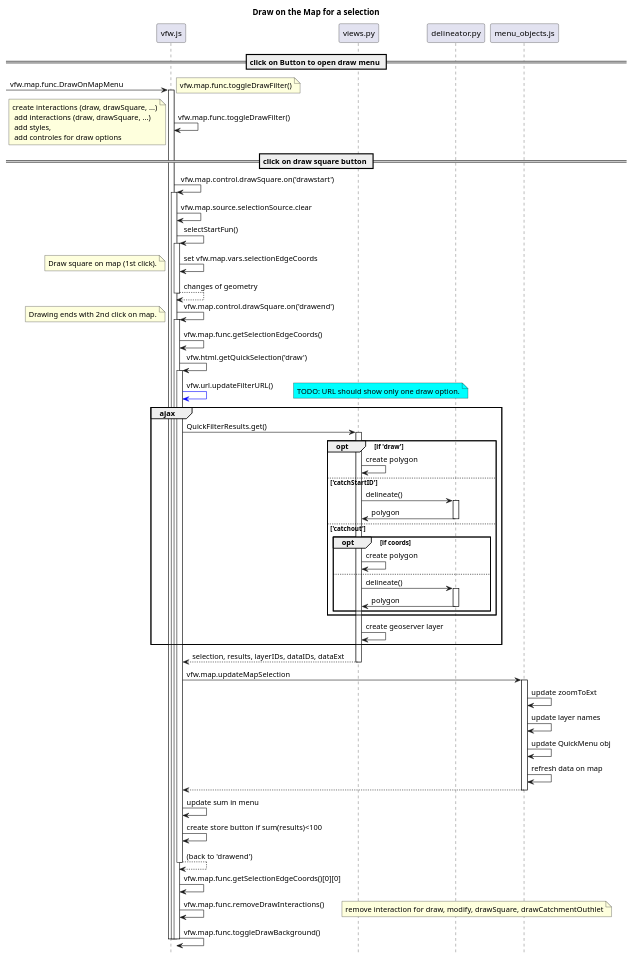
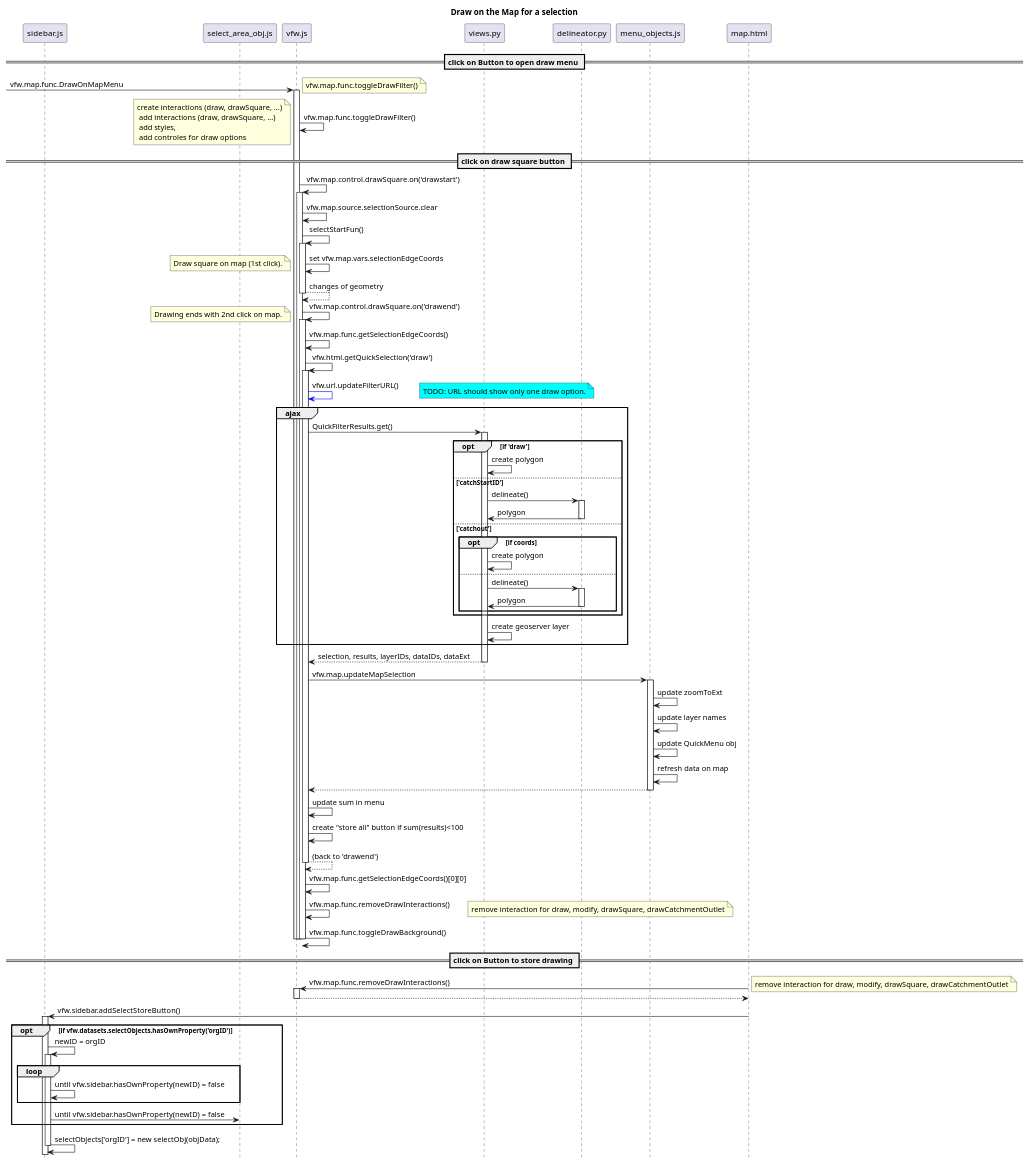
The diagram in diagrams/drawOnMapMenu.puml (VForWaTer/vforwater-portal), drawn with PlantUML before and after one commit.

Commit message:
Add creation of object to sequence diagram for drawing on map

```diff
--- a/diagrams/drawOnMapMenu.puml
+++ b/diagrams/drawOnMapMenu.puml
@@ -1,67 +1,80 @@
 @startuml
 title Draw on the Map for a selection
-
+participant sidebar.js
+participant select_area_obj.js
 hide footbox
 
 
 == click on Button to open draw menu ==
 [-> vfw.js ++: vfw.map.func.DrawOnMapMenu
 note left: vfw.map.func.toggleDrawFilter()
 vfw.js -> vfw.js: vfw.map.func.toggleDrawFilter()
 note left: create interactions (draw, drawSquare, ...)\n add interactions (draw, drawSquare, ...)\n add styles,\n add controles for draw options
 
 == click on draw square button ==
 vfw.js -> vfw.js ++: vfw.map.control.drawSquare.on('drawstart')
 vfw.js -> vfw.js: vfw.map.source.selectionSource.clear
 vfw.js -> vfw.js ++: selectStartFun()
 vfw.js -> vfw.js: set vfw.map.vars.selectionEdgeCoords
 note left: Draw square on map (1st click).
 return changes of geometry
 'deactivate vfw.js
 
 vfw.js -> vfw.js ++: vfw.map.control.drawSquare.on('drawend')
 note left: Drawing ends with 2nd click on map.
 vfw.js -> vfw.js: vfw.map.func.getSelectionEdgeCoords()
 vfw.js -> vfw.js ++: vfw.html.getQuickSelection('draw')
 vfw.js -[#blue]> vfw.js: vfw.url.updateFilterURL()
 note right #aqua: TODO: URL should show only one draw option.
 group ajax
 vfw.js -> views.py ++: QuickFilterResults.get()
 opt if 'draw'
     views.py -> views.py: create polygon
     else 'catchStartID'
     views.py -> delineator.py ++: delineate()
     delineator.py -> views.py --: polygon
     else 'catchout'
     opt if coords
         views.py -> views.py: create polygon
     else
     views.py -> delineator.py ++: delineate()
     delineator.py -> views.py --: polygon
     end
 end
 views.py -> views.py: create geoserver layer
 end
 return selection, results, layerIDs, dataIDs, dataExt
 vfw.js -> menu_objects.js ++: vfw.map.updateMapSelection
 menu_objects.js -> menu_objects.js: update zoomToExt
 menu_objects.js -> menu_objects.js: update layer names
 menu_objects.js -> menu_objects.js: update QuickMenu obj
 menu_objects.js -> menu_objects.js: refresh data on map
 return
 vfw.js -> vfw.js: update sum in menu
-vfw.js -> vfw.js: create store button if sum(results)<100
+vfw.js -> vfw.js: create "store all" button if sum(results)<100
 return (back to 'drawend')
 vfw.js -> vfw.js: vfw.map.func.getSelectionEdgeCoords()[0][0]
 vfw.js -> vfw.js: vfw.map.func.removeDrawInteractions()
-note right: remove interaction for draw, modify, drawSquare, drawCatchmentOuthlet
+note right: remove interaction for draw, modify, drawSquare, drawCatchmentOutlet
 vfw.js -> vfw.js: vfw.map.func.toggleDrawBackground()
 deactivate
 deactivate
 deactivate
 
-
-
+== click on Button to store drawing ==
+map.html -> vfw.js ++: vfw.map.func.removeDrawInteractions()
+note right: remove interaction for draw, modify, drawSquare, drawCatchmentOutlet
+return
+map.html -> sidebar.js ++: vfw.sidebar.addSelectStoreButton()
+opt if vfw.datasets.selectObjects.hasOwnProperty('orgID')
+    sidebar.js -> sidebar.js ++: newID = orgID
+    loop
+    sidebar.js -> sidebar.js: until vfw.sidebar.hasOwnProperty(newID) = false
+    end
+    sidebar.js -> select_area_obj.js: until vfw.sidebar.hasOwnProperty(newID) = false
+end
+sidebar.js -> sidebar.js: selectObjects['orgID'] = new selectObj(objData);
+deactivate
 
 
 @enduml
```
